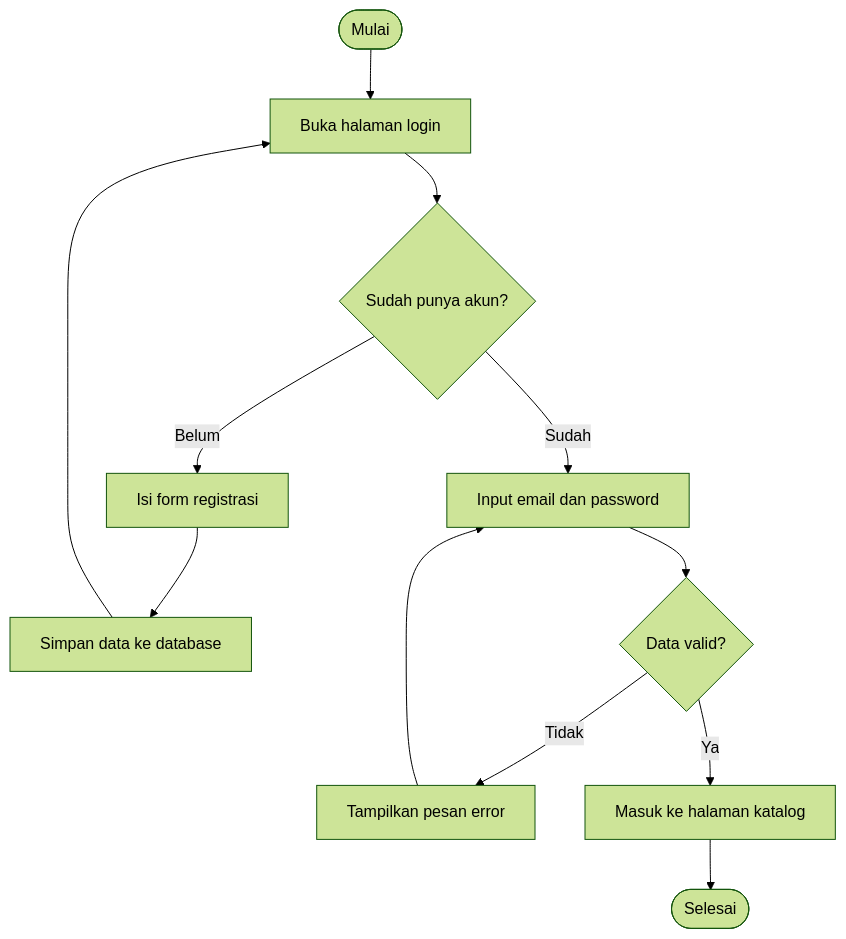
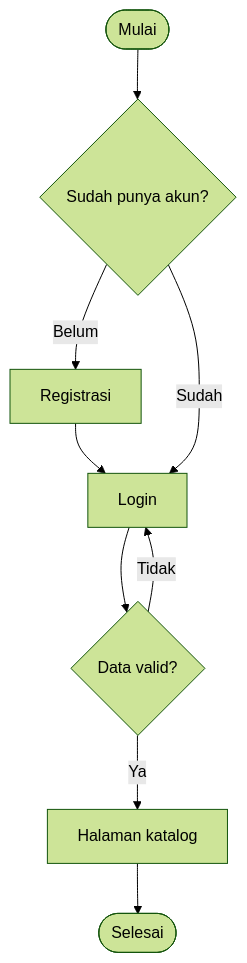
One commit to RPLUNIT052026/KELOMPOK-6---PinjamKuy changed the first of 3 diagrams in sprint-1/flowchart.md. Above: the diagram before and after it, drawn with Mermaid (forest theme). The commit also changed other lines of this file, not shown here.

````diff
--- a/sprint-1/flowchart.md
+++ b/sprint-1/flowchart.md
@@ -7,14 +7,11 @@
 ```mermaid
 flowchart TD
-    A([Mulai]) --> B[Buka halaman login]
-    B --> C{Sudah punya akun?}
-    C -- Belum --> D[Isi form registrasi]
-    D --> E[Simpan data ke database]
-    E --> B
-    C -- Sudah --> F[Input email dan password]
-    F --> G{Data valid?}
-    G -- Tidak --> H[Tampilkan pesan error]
-    H --> F
-    G -- Ya --> I[Masuk ke halaman katalog]
-    I --> J([Selesai])
+    A([Mulai]) --> B{Sudah punya akun?}
+    B -- Belum --> C[Registrasi]
+    C --> D[Login]
+    B -- Sudah --> D
+    D --> E{Data valid?}
+    E -- Tidak --> D
+    E -- Ya --> F[Halaman katalog]
+    F --> G([Selesai])
 ```
````
